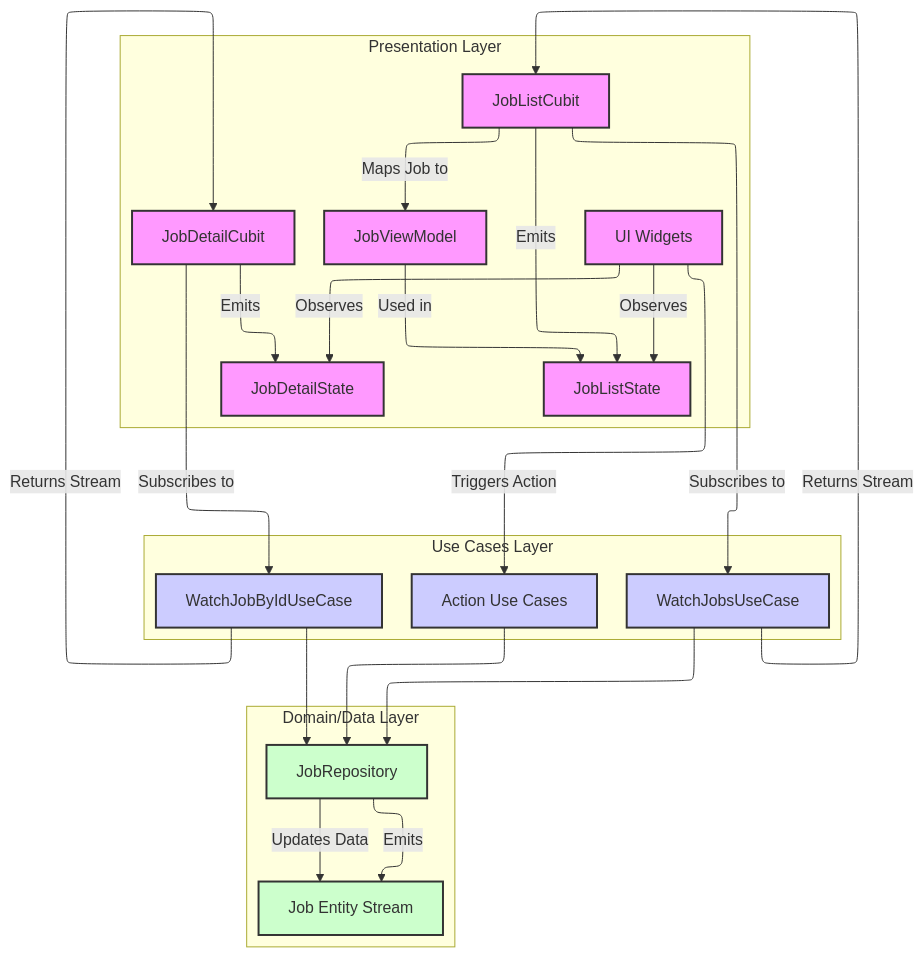
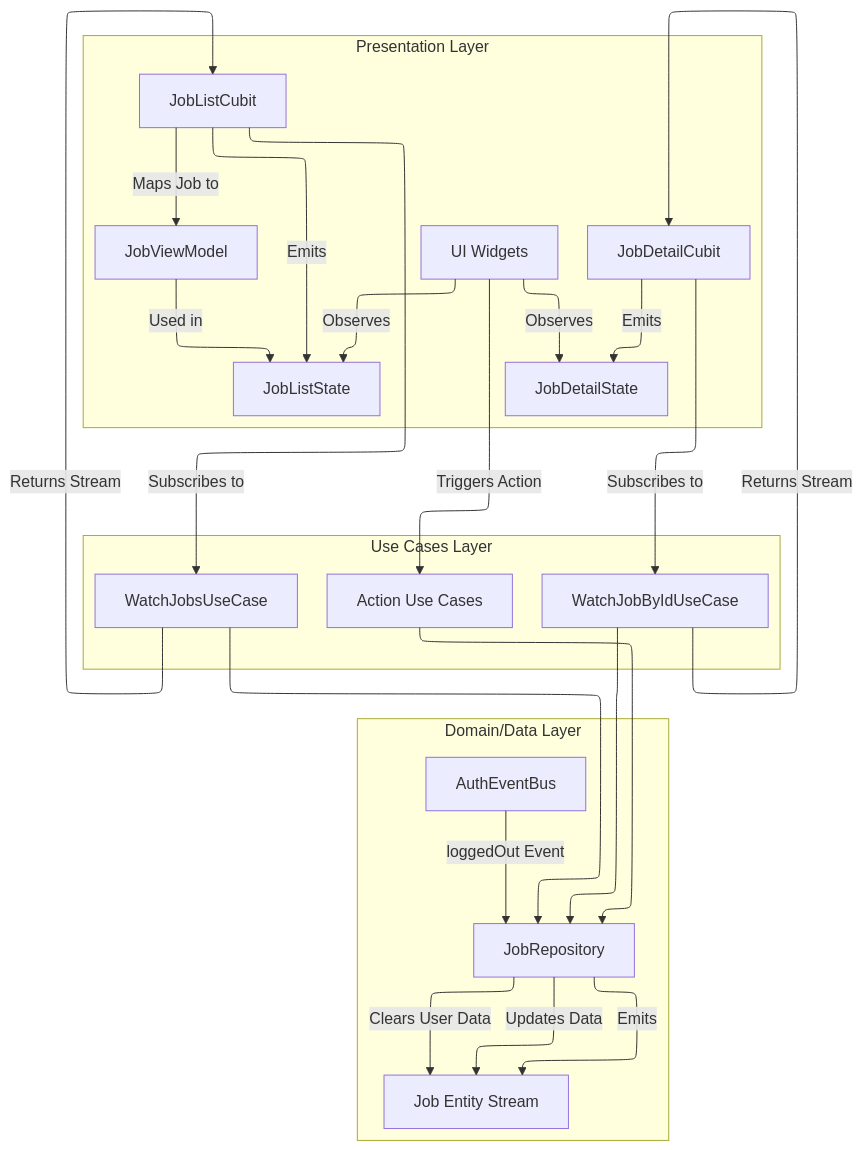
Before and after one commit to MediScribe/docjet-mobile: the diagram in docs/current/job_presentation_layer.md, drawn with Mermaid. The commit also changed other lines of this file and 4 other files, not shown here.

First line of the commit message:
docs: update auth architecture documentation with implemented features

````diff
--- a/docs/current/job_presentation_layer.md
+++ b/docs/current/job_presentation_layer.md
@@ -16,58 +43,58 @@
 ```mermaid
 %%{init: {'flowchart': {'defaultRenderer': 'elk'}}}%%
 graph TD
     subgraph "Presentation Layer"
         UI[UI Widgets]
         JobListCubit[JobListCubit]
         JobDetailCubit[JobDetailCubit]
         JobListState[JobListState]
         JobDetailState[JobDetailState]
         JobViewModel[JobViewModel]
     end
 
     subgraph "Use Cases Layer"
         WatchJobsUC[WatchJobsUseCase]
         WatchJobByIdUC[WatchJobByIdUseCase]
         ActionUC[Action Use Cases]
     end
 
     subgraph "Domain/Data Layer"
         JobEntity[Job Entity Stream]
         Repository[JobRepository]
+        AuthEventBus[AuthEventBus]
     end
 
     %% Reactive Flow
     UI -- Observes --> JobListState
     UI -- Observes --> JobDetailState
     JobListCubit -- Emits --> JobListState
     JobDetailCubit -- Emits --> JobDetailState
 
     JobListCubit -- Subscribes to --> WatchJobsUC
     JobDetailCubit -- Subscribes to --> WatchJobByIdUC
 
     WatchJobsUC -- Returns Stream --> JobListCubit
     WatchJobByIdUC -- Returns Stream --> JobDetailCubit
 
     WatchJobsUC --> Repository
     WatchJobByIdUC --> Repository
     Repository -- Emits --> JobEntity
 
     JobListCubit -- Maps Job to --> JobViewModel
     JobViewModel -- Used in --> JobListState
 
     %% Action Flow (Simplified)
     UI -- Triggers Action --> ActionUC
     ActionUC --> Repository
     Repository -- Updates Data --> JobEntity
 
+    %% Auth Events Flow
+    AuthEventBus -- loggedOut Event --> Repository
+    Repository -- Clears User Data --> JobEntity
 
-    %% Styling
-    classDef presentation fill:#f9f,stroke:#333,stroke-width:2px;
-    classDef usecases fill:#ccf,stroke:#333,stroke-width:2px;
-    classDef domain fill:#cfc,stroke:#333,stroke-width:2px;
 
     class UI,JobListCubit,JobDetailCubit,JobListState,JobDetailState,JobViewModel presentation;
     class WatchJobsUC,WatchJobByIdUC,ActionUC usecases;
-    class JobEntity,Repository domain;
+    class JobEntity,Repository,AuthEventBus domain;
 
 ```
````
